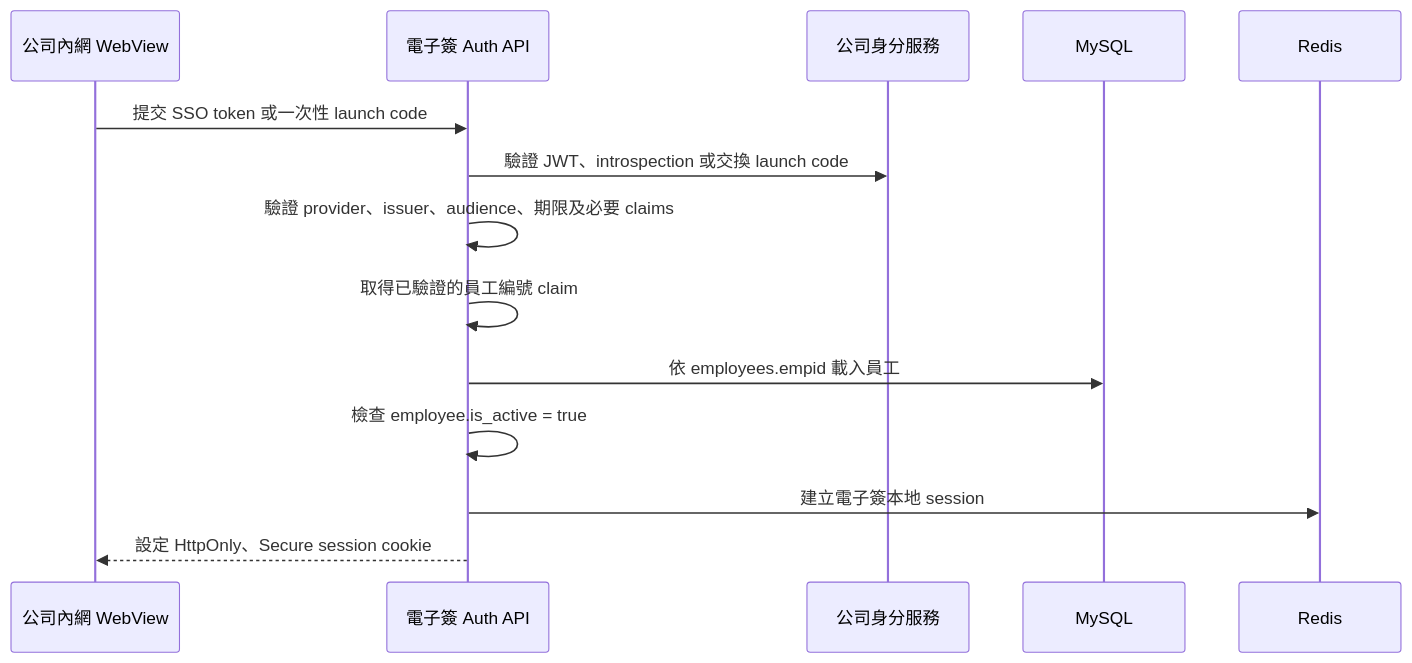
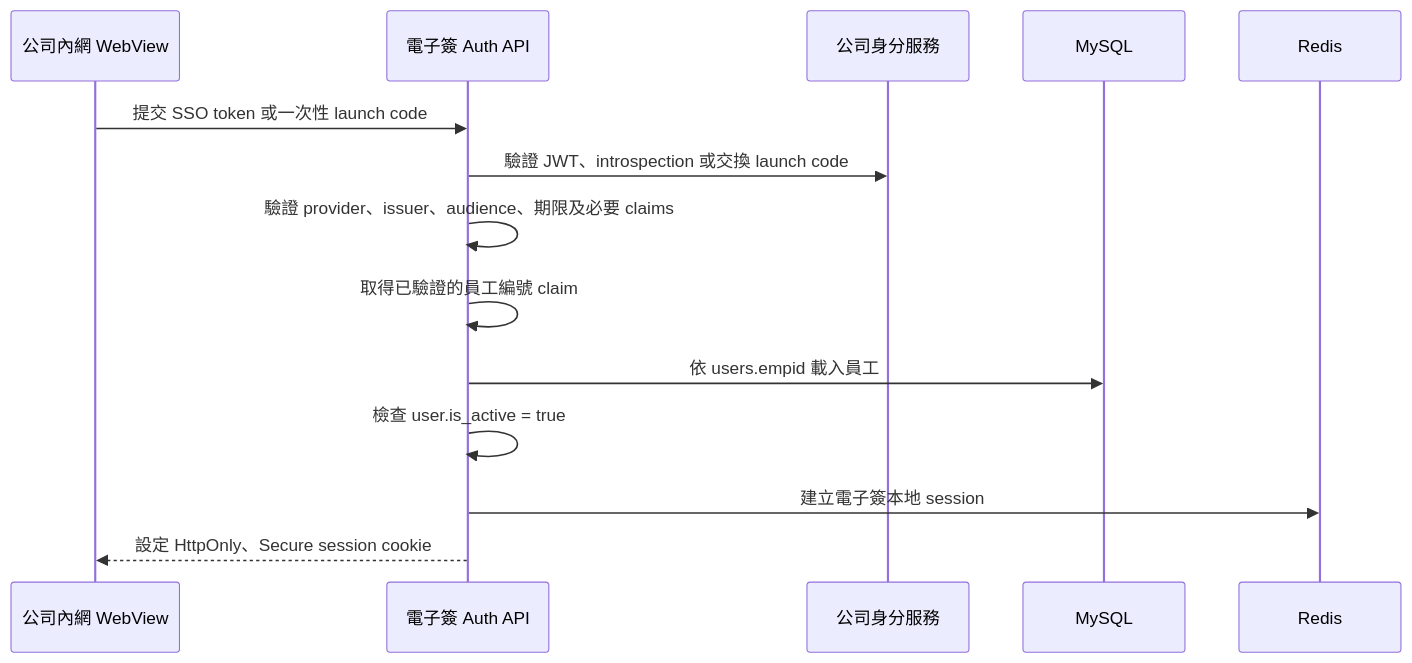
The second of 2 diagrams in server/docs/internal-electronic-signature-platform.md (Eat2024/feastogether_intranet), drawn with Mermaid before and after one commit. The commit also changed other lines of this file and 158 other files, not shown here.

Commit message:
feat: establish spec 1 auth cleanup and schema

````diff
--- a/server/docs/internal-electronic-signature-platform.md
+++ b/server/docs/internal-electronic-signature-platform.md
@@ -192,17 +191,17 @@
 ```mermaid
 sequenceDiagram
     participant WebView as 公司內網 WebView
     participant Auth as 電子簽 Auth API
     participant IdP as 公司身分服務
     participant DB as MySQL
     participant Redis as Redis
 
     WebView->>Auth: 提交 SSO token 或一次性 launch code
     Auth->>IdP: 驗證 JWT、introspection 或交換 launch code
     Auth->>Auth: 驗證 provider、issuer、audience、期限及必要 claims
     Auth->>Auth: 取得已驗證的員工編號 claim
-    Auth->>DB: 依 employees.empid 載入員工
-    Auth->>Auth: 檢查 employee.is_active = true
+    Auth->>DB: 依 users.empid 載入員工
+    Auth->>Auth: 檢查 user.is_active = true
     Auth->>Redis: 建立電子簽本地 session
     Auth-->>WebView: 設定 HttpOnly、Secure session cookie
 ```
````
